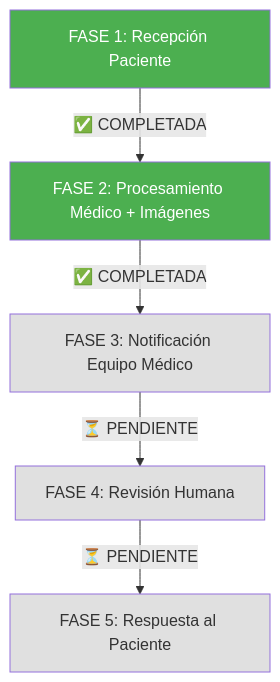
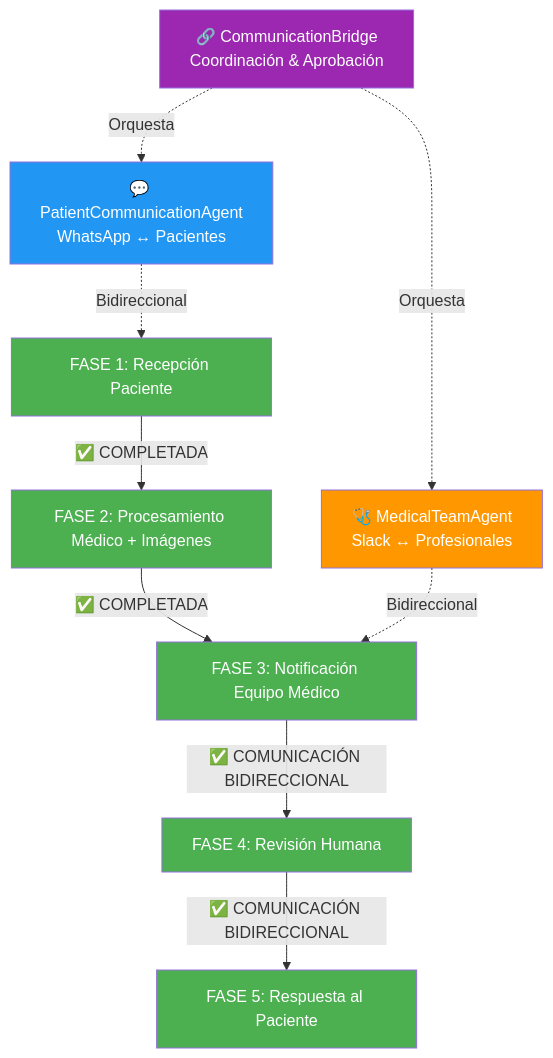
Before and after one commit to AutonomosCdM/vigia: the first of 2 diagrams in BRUCE_WAYNE_PHASE_REVIEW.md, drawn with Mermaid. The commit also changed other lines of this file, not shown here.

First line of the commit message:
docs: Complete Bruce Wayne review with bidirectional communication architecture milestone

````diff
--- a/BRUCE_WAYNE_PHASE_REVIEW.md
+++ b/BRUCE_WAYNE_PHASE_REVIEW.md
@@ -19,13 +19,21 @@
 ```mermaid
 graph TD
     A[FASE 1: Recepción Paciente] -->|✅ COMPLETADA| B[FASE 2: Procesamiento Médico + Imágenes]
     B -->|✅ COMPLETADA| C[FASE 3: Notificación Equipo Médico]
-    C -->|⏳ PENDIENTE| D[FASE 4: Revisión Humana]
-    D -->|⏳ PENDIENTE| E[FASE 5: Respuesta al Paciente]
+    C -->|✅ COMUNICACIÓN BIDIRECCIONAL| D[FASE 4: Revisión Humana]
+    D -->|✅ COMUNICACIÓN BIDIRECCIONAL| E[FASE 5: Respuesta al Paciente]
+    
+    F[💬 PatientCommunicationAgent<br/>WhatsApp ↔ Pacientes] -.->|Bidireccional| A
+    G[🩺 MedicalTeamAgent<br/>Slack ↔ Profesionales] -.->|Bidireccional| C
+    H[🔗 CommunicationBridge<br/>Coordinación & Aprobación] -.->|Orquesta| F
+    H -.->|Orquesta| G
     
     style A fill:#4caf50,color:#fff
     style B fill:#4caf50,color:#fff
-    style C fill:#e0e0e0
-    style D fill:#e0e0e0
-    style E fill:#e0e0e0
+    style C fill:#4caf50,color:#fff
+    style D fill:#4caf50,color:#fff
+    style E fill:#4caf50,color:#fff
+    style F fill:#2196f3,color:#fff
+    style G fill:#ff9800,color:#fff
+    style H fill:#9c27b0,color:#fff
 ```
````
